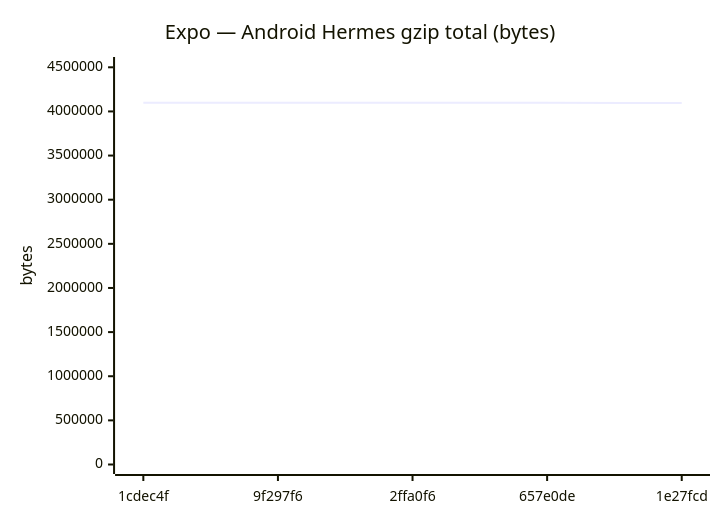
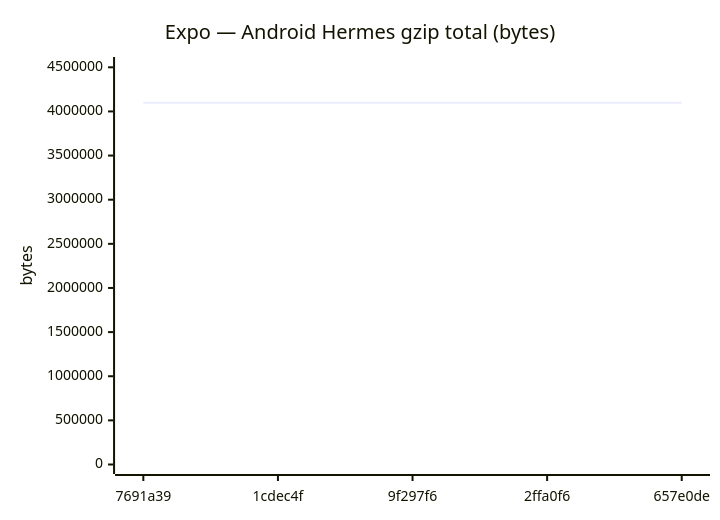
One commit to Metaheurist/Rianell changed diagram 11 of 18 in benchmarks/compare.md. Above: the diagram before and after it, drawn with Mermaid. The commit also changed other lines of this file and 11 other files, not shown here.

````diff
--- a/benchmarks/compare.md
+++ b/benchmarks/compare.md
@@ -172,7 +172,7 @@
 ```mermaid
 xychart-beta
     title "Expo — Android Hermes gzip total (bytes)"
-    x-axis ["1cdec4f", "9f297f6", "2ffa0f6", "657e0de", "1e27fcd"]
+    x-axis ["7691a39", "1cdec4f", "9f297f6", "2ffa0f6", "657e0de"]
     y-axis "bytes" 0 --> 4509037
-    line [4099120, 4099121, 4099124, 4098083, 4094465]
+    line [4098083, 4099120, 4099121, 4099124, 4098083]
 ```
````
